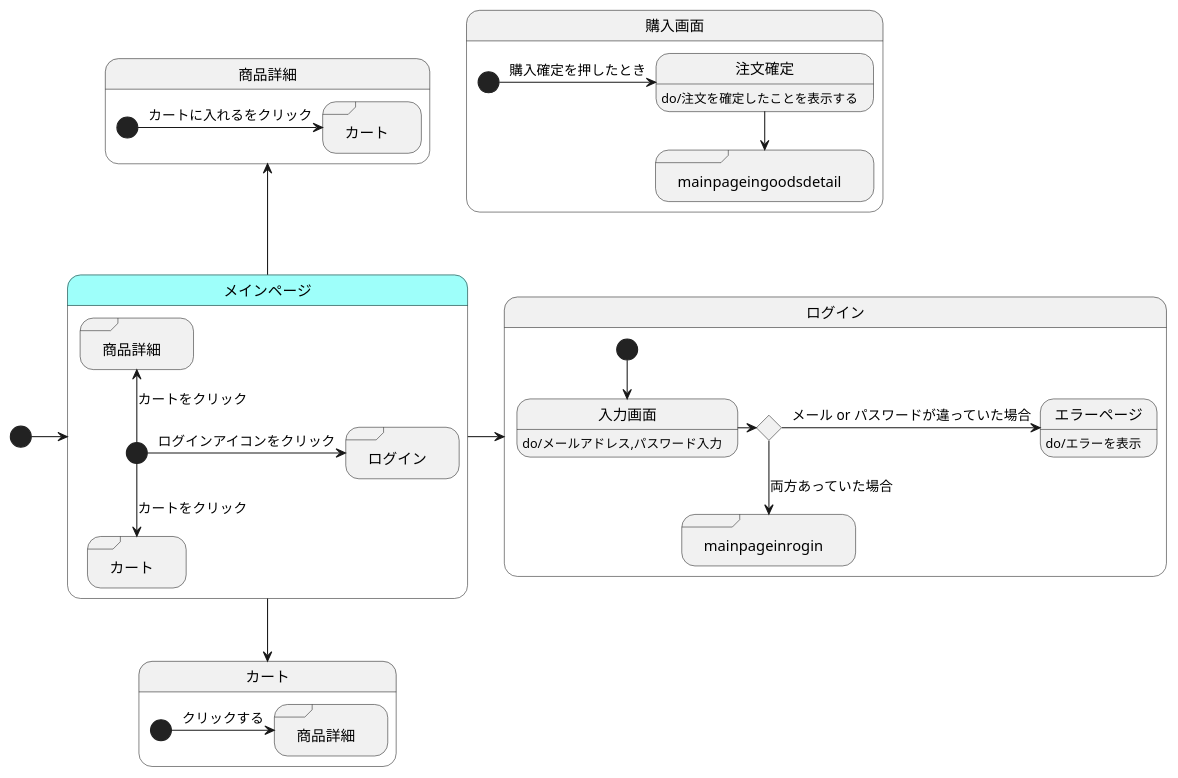
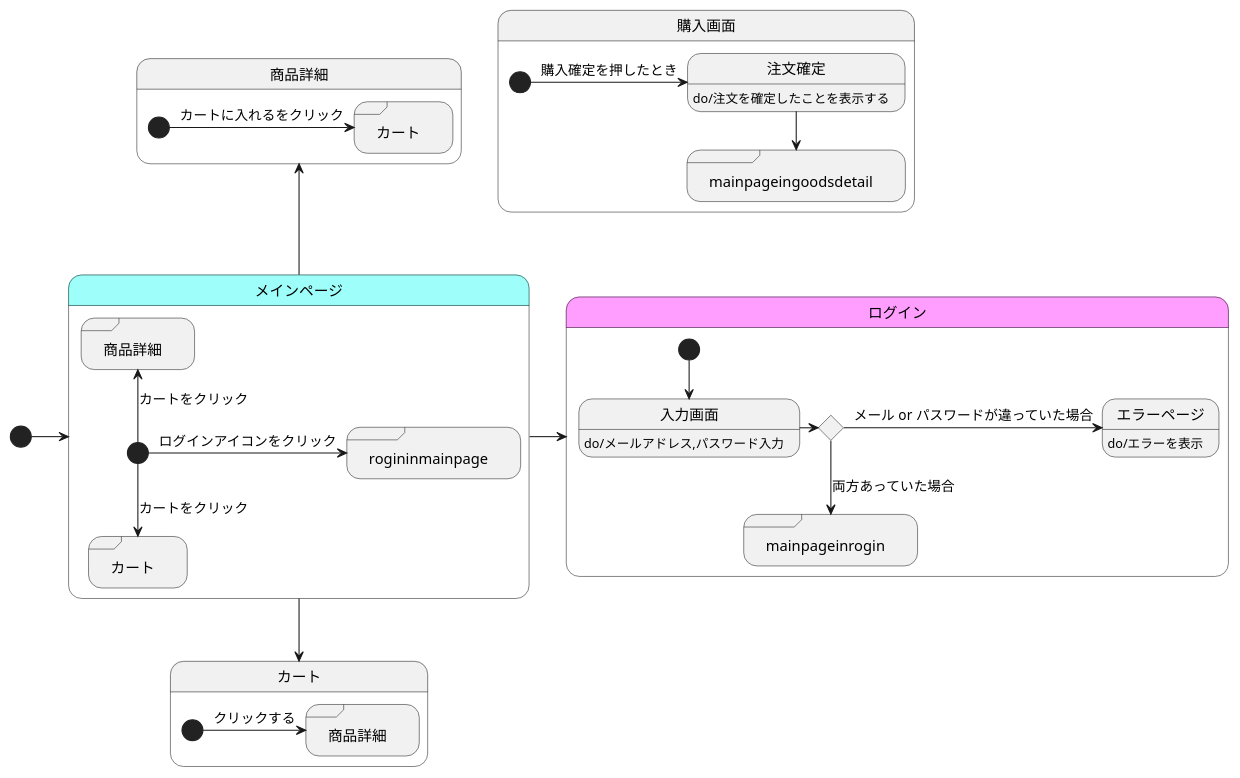
One commit to akutori/T-D-E changed the diagram in UML.md. Above: the diagram before and after it, drawn with PlantUML.

Commit message:
色の変更:rogin

````diff
--- a/UML.md
+++ b/UML.md
@@ -1,59 +1,62 @@
 ```uml
 @startuml
 
 
 
 
 [*]->メインページ
 メインページ->ログイン
 メインページ-->カート
 メインページ-up->商品詳細
 
 state メインページ{
 state "ログイン" as rogininmainpage  <<sdlreceive>>
 state "カート" as cartinmainpage <<sdlreceive>>
 state "商品詳細" as goodsdetailinmainpage <<sdlreceive>>
     [*]-> rogininmainpage :ログインアイコンをクリック
     [*]--> cartinmainpage :カートをクリック
     [*]-up-> goodsdetailinmainpage :カートをクリック
 }
 
 state ログイン{
 state input <<choice>>
 state "メインページ" as mainpageinrogin<<sdlreceive>>
 
 入力画面:do/メールアドレス,パスワード入力
 エラーページ:do/エラーを表示
     [*]--> 入力画面
     入力画面->input
     input->エラーページ:メール or パスワードが違っていた場合
     input-->mainpageinrogin : 両方あっていた場合
 
 }
 
 state 購入画面{
 state "メインページ" as mainpageingoodsdetail<<sdlreceive>>
 注文確定:do/注文を確定したことを表示する
     [*]->注文確定 :購入確定を押したとき
     注文確定-->mainpageingoodsdetail
 }
 
 
 state カート{
 state "商品詳細" as goodsdetailincart <<sdlreceive>>
 
     [*]->goodsdetailincart :クリックする
 }
 
 state 商品詳細{
 state "カート" as cartingoodsdetail <<sdlreceive>>
 
     [*]->cartingoodsdetail :カートに入れるをクリック
 }
 
 state メインページ #9efffa
 state mainpageingoodsdetail #9efffa
 state mainpageinrogin #9efffa
 
+state ログイン #ff9eff
+state rogininmainpage #ff9eff
+
 @enduml
 ```
````
